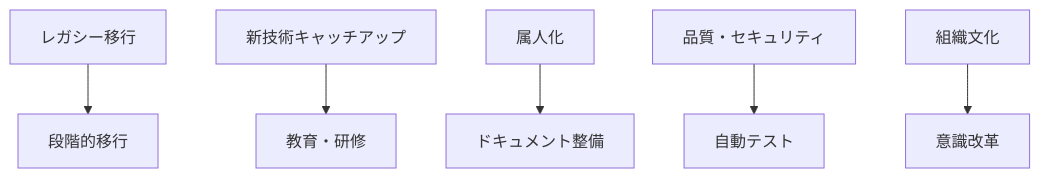
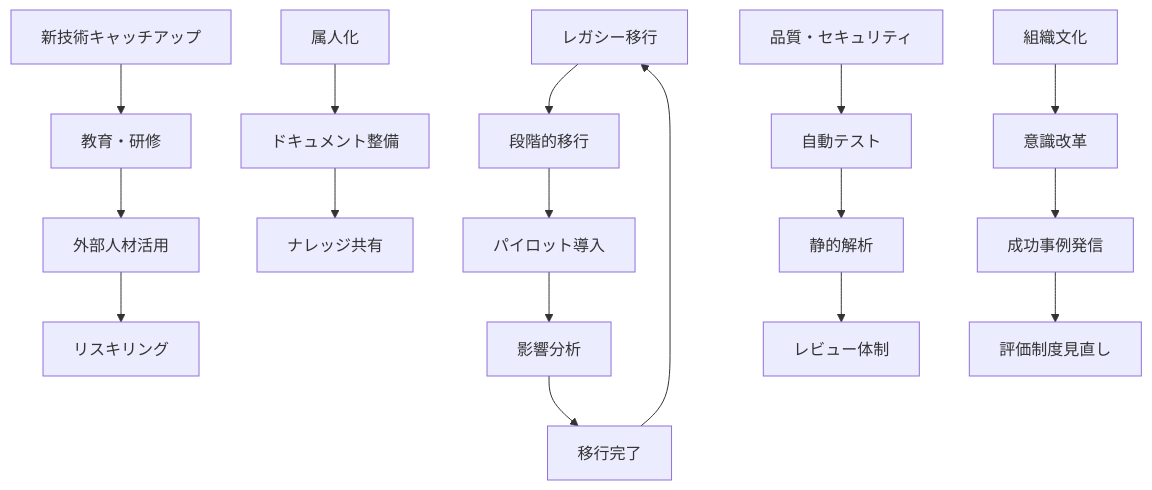
One commit to RyuheiKiso/KisoFramework changed the sixth of 6 diagrams in docs/00_全体/02_構想.md. Above: the diagram before and after it, drawn with Mermaid. The commit also changed other lines of this file, not shown here.

````diff
--- a/docs/00_全体/02_構想.md
+++ b/docs/00_全体/02_構想.md
@@ -230,13 +308,24 @@
 ```mermaid
 flowchart TD
     A[レガシー移行]
     B[新技術キャッチアップ]
     C[属人化]
     D[品質・セキュリティ]
     E[組織文化]
     A --> F[段階的移行]
+    F --> F2[パイロット導入]
+    F2 --> F3[影響分析]
     B --> G[教育・研修]
+    G --> G2[外部人材活用]
+    G2 --> G3[リスキリング]
     C --> H[ドキュメント整備]
+    H --> H2[ナレッジ共有]
     D --> I[自動テスト]
+    I --> I2[静的解析]
+    I2 --> I3[レビュー体制]
     E --> J[意識改革]
+    J --> J2[成功事例発信]
+    J2 --> J3[評価制度見直し]
+    F3 --> K[移行完了]
+    K --> A
 ```
````
